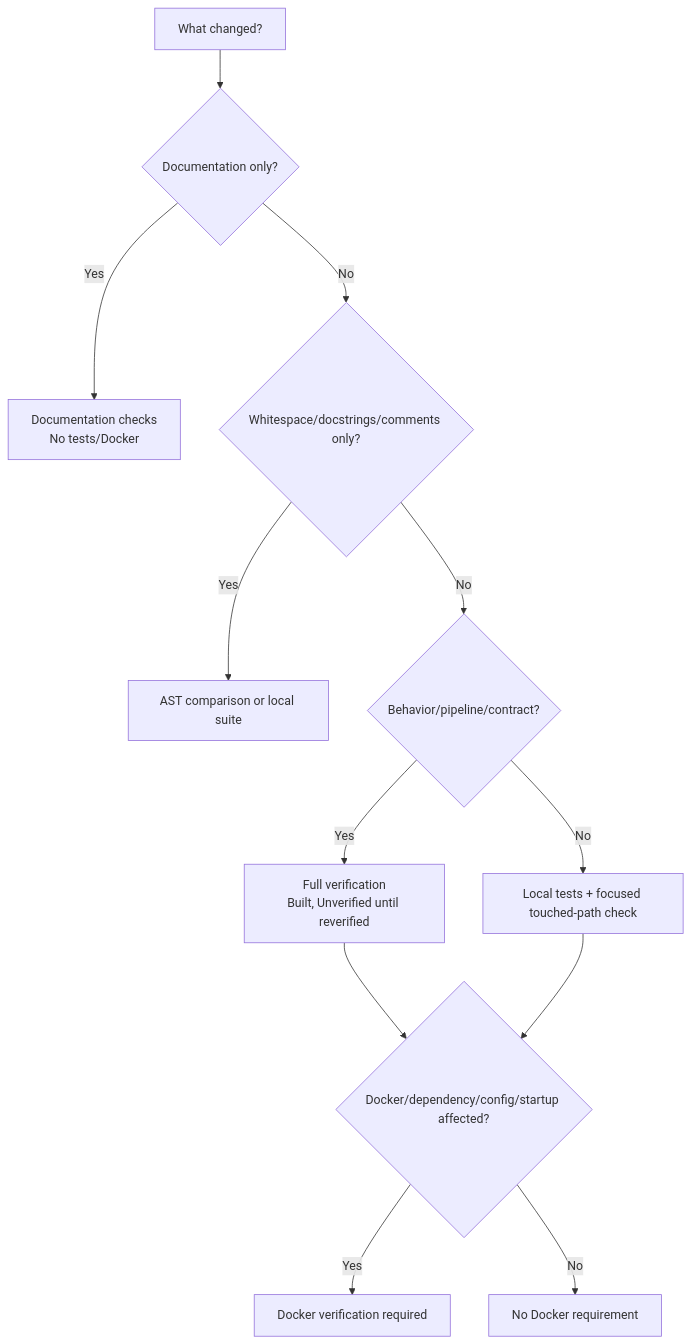
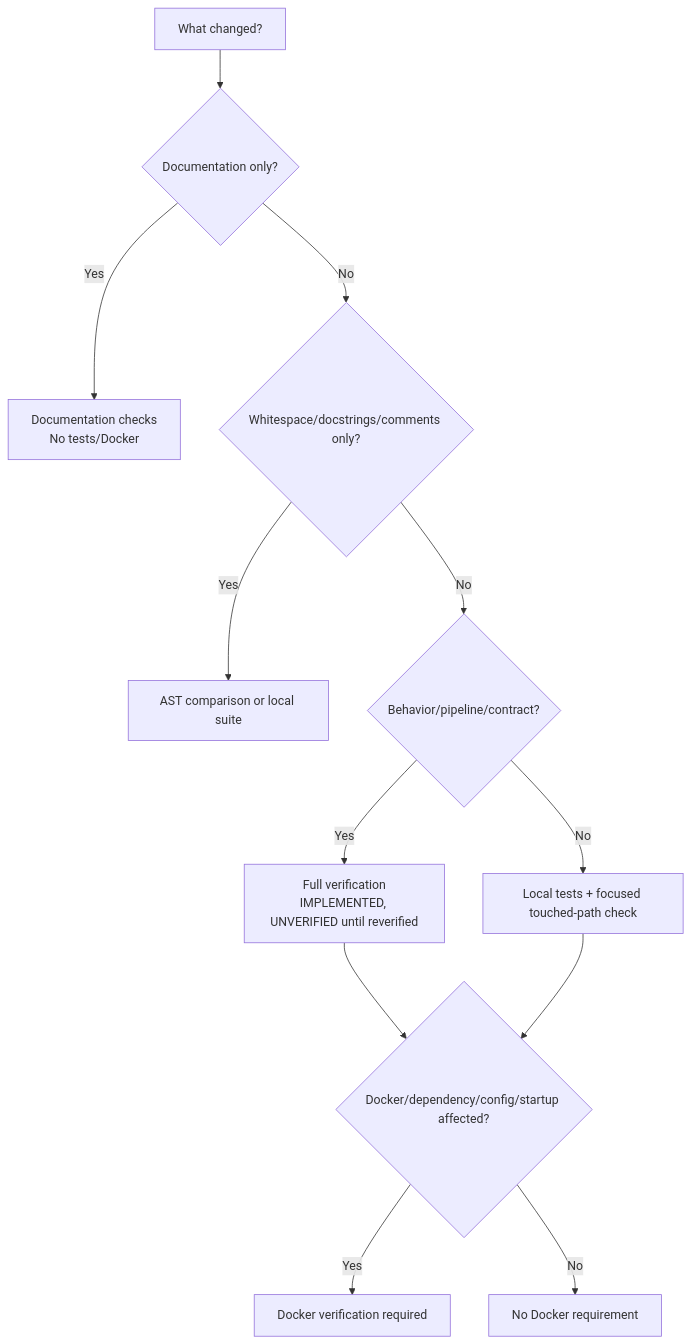
Before and after one commit to RyxnDmello/atlas: the third of 3 diagrams in AGENTS.md, drawn with Mermaid. The commit also changed other lines of this file and 49 other files, not shown here.

````diff
--- a/AGENTS.md
+++ b/AGENTS.md
@@ -441,15 +528,15 @@
 ```mermaid
 flowchart TD
     Change["What changed?"] --> Docs{"Documentation only?"}
     Docs -- Yes --> DocChecks["Documentation checks<br/>No tests/Docker"]
     Docs -- No --> Cosmetic{"Whitespace/docstrings/comments only?"}
     Cosmetic -- Yes --> AST["AST comparison or local suite"]
     Cosmetic -- No --> Behavior{"Behavior/pipeline/contract?"}
-    Behavior -- Yes --> Full["Full verification<br/>Built, Unverified until reverified"]
+    Behavior -- Yes --> Full["Full verification<br/>IMPLEMENTED, UNVERIFIED until reverified"]
     Behavior -- No --> Focused["Local tests + focused touched-path check"]
 
     Full --> Docker{"Docker/dependency/config/startup affected?"}
     Focused --> Docker
     Docker -- Yes --> DockerCheck["Docker verification required"]
     Docker -- No --> Done["No Docker requirement"]
 ```
````
